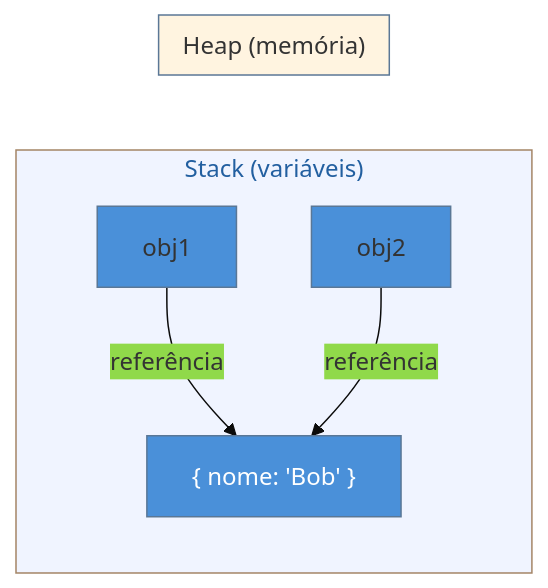
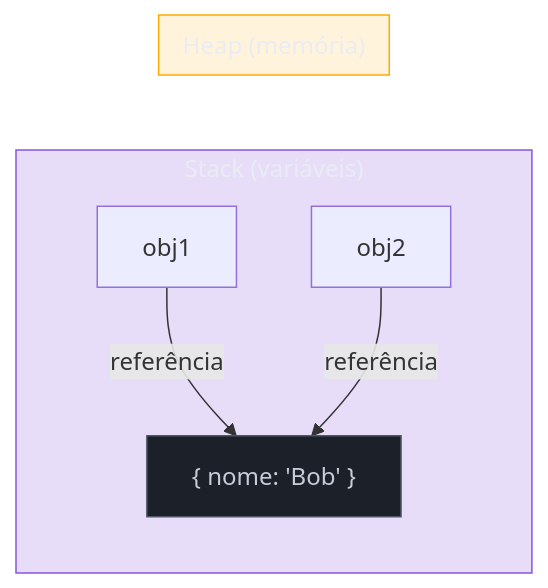
Before and after one commit to josenaldo/codex-technomanticus: the second of 2 diagrams in 03-Dominios/Tecnologia/JavaScript/02 - Tipos em runtime.md, drawn with Mermaid. The commit also changed other lines of this file and 1181 other files, not shown here.

First line of the commit message:
fix(diagramas): paleta do sistema no lugar de cor cravada no markdown

````diff
--- a/03-Dominios/Tecnologia/JavaScript/02 - Tipos em runtime.md
+++ b/03-Dominios/Tecnologia/JavaScript/02 - Tipos em runtime.md
@@ -248,15 +249,17 @@
 ```mermaid
-%%{init: {"theme": "base", "themeVariables": {"primaryColor": "#4A90D9"}}}%%
 graph LR
+    classDef neutro fill:#1B2029,stroke:#4E5666,color:#C6CCD8
+    classDef marca fill:#8855DF33,stroke:#8855DF,color:#E9ECF2
+    classDef destaque fill:#FFAA0024,stroke:#FFAA00,color:#E9ECF2
     subgraph Stack ["Stack (variáveis)"]
         A["obj1"] --> |referência| MEM
         B["obj2"] --> |referência| MEM
     end
     subgraph Heap ["Heap (memória)"]
         MEM["{ nome: 'Bob' }"]
     end
 
-    style MEM fill:#4A90D9,color:#fff
-    style Stack fill:#f0f4ff
-    style Heap fill:#fff4e0
+    class MEM neutro
+    class Stack marca
+    class Heap destaque
 ```
````
